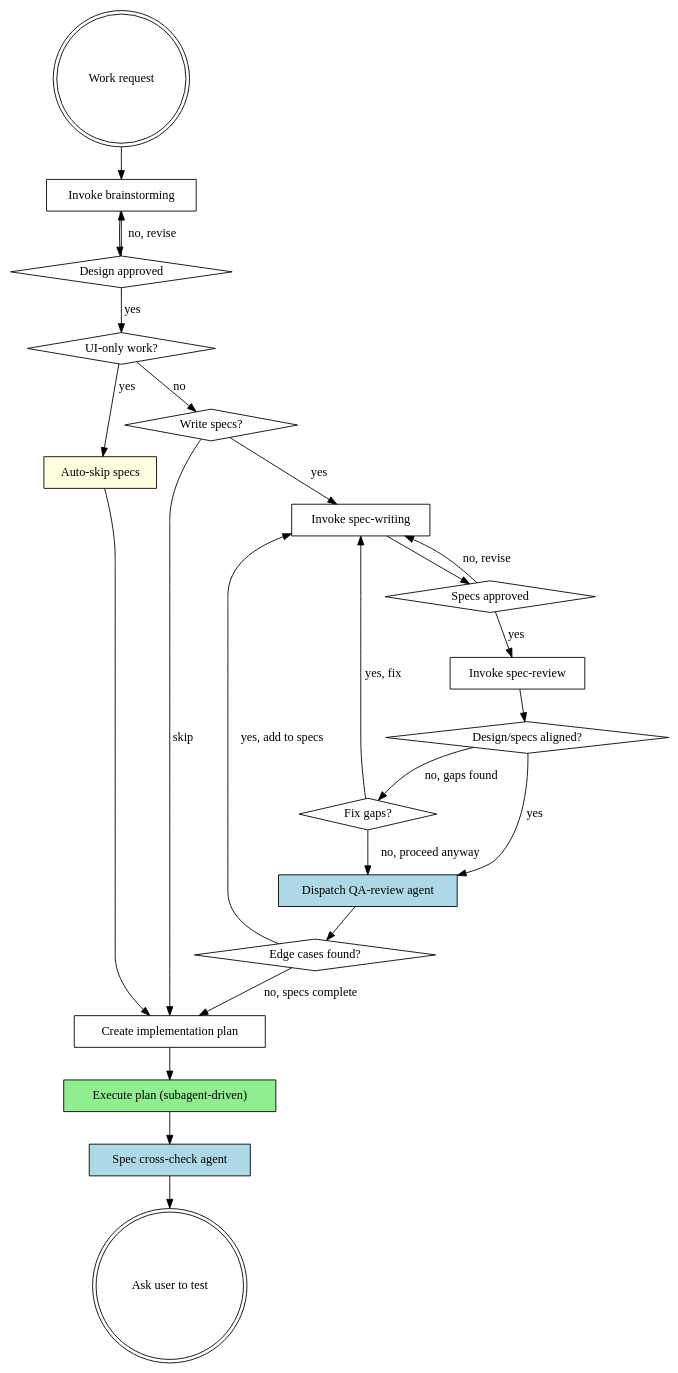
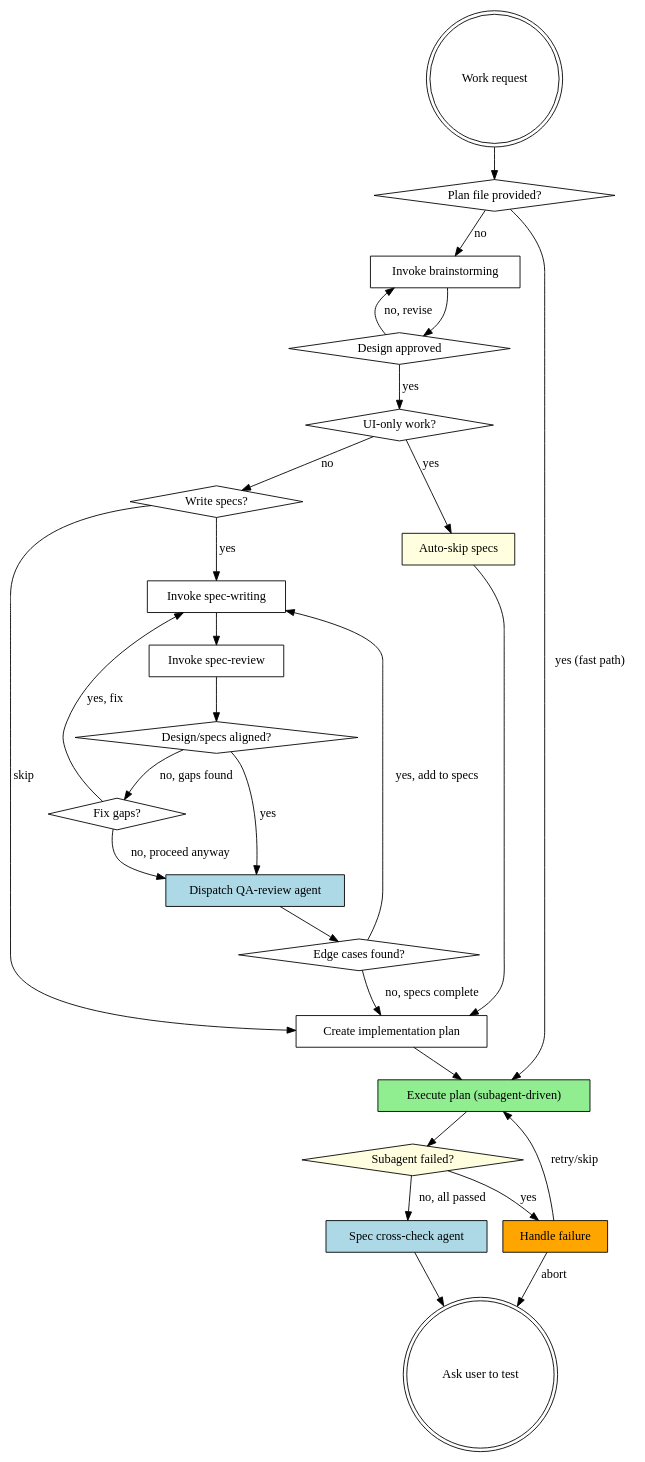
One commit to pandaworks-software-plt/pandahrms-skills changed the diagram in skills/pipeline/SKILL.md. Above: the diagram before and after it, drawn with Graphviz. The commit also changed other lines of this file and 1 other file, not shown here.

First line of the commit message:
feat(pipeline): add resume path, failure handling, and cleanup across 10 review items

````diff
--- a/skills/pipeline/SKILL.md
+++ b/skills/pipeline/SKILL.md
@@ -34,45 +48,51 @@
 ```dot
 digraph pipeline {
     "Work request" [shape=doublecircle];
+    "Plan file provided?" [shape=diamond];
     "Invoke brainstorming" [shape=box];
     "Design approved" [shape=diamond];
     "UI-only work?" [shape=diamond];
     "Auto-skip specs" [shape=box, style=filled, fillcolor=lightyellow];
     "Write specs?" [shape=diamond];
     "Invoke spec-writing" [shape=box];
-    "Specs approved" [shape=diamond];
     "Invoke spec-review" [shape=box];
     "Design/specs aligned?" [shape=diamond];
     "Dispatch QA-review agent" [shape=box, style=filled, fillcolor=lightblue];
     "Edge cases found?" [shape=diamond];
     "Create implementation plan" [shape=box];
     "Execute plan (subagent-driven)" [shape=box, style=filled, fillcolor=lightgreen];
+    "Subagent failed?" [shape=diamond, style=filled, fillcolor=lightyellow];
+    "Handle failure" [shape=box, style=filled, fillcolor=orange];
     "Spec cross-check agent" [shape=box, style=filled, fillcolor=lightblue];
     "Ask user to test" [shape=doublecircle];
 
-    "Work request" -> "Invoke brainstorming";
+    "Work request" -> "Plan file provided?";
+    "Plan file provided?" -> "Execute plan (subagent-driven)" [label="yes (fast path)"];
+    "Plan file provided?" -> "Invoke brainstorming" [label="no"];
     "Invoke brainstorming" -> "Design approved";
     "Design approved" -> "Invoke brainstorming" [label="no, revise"];
     "Design approved" -> "UI-only work?" [label="yes"];
     "UI-only work?" -> "Auto-skip specs" [label="yes"];
     "Auto-skip specs" -> "Create implementation plan";
     "UI-only work?" -> "Write specs?" [label="no"];
     "Write specs?" -> "Invoke spec-writing" [label="yes"];
     "Write specs?" -> "Create implementation plan" [label="skip"];
-    "Invoke spec-writing" -> "Specs approved";
-    "Specs approved" -> "Invoke spec-writing" [label="no, revise"];
-    "Specs approved" -> "Invoke spec-review" [label="yes"];
+    "Invoke spec-writing" -> "Invoke spec-review";
     "Invoke spec-review" -> "Design/specs aligned?";
     "Design/specs aligned?" -> "Fix gaps?" [label="no, gaps found"];
     "Fix gaps?" [shape=diamond];
     "Fix gaps?" -> "Invoke spec-writing" [label="yes, fix"];
     "Fix gaps?" -> "Dispatch QA-review agent" [label="no, proceed anyway"];
     "Design/specs aligned?" -> "Dispatch QA-review agent" [label="yes"];
     "Dispatch QA-review agent" -> "Edge cases found?";
     "Edge cases found?" -> "Invoke spec-writing" [label="yes, add to specs"];
     "Edge cases found?" -> "Create implementation plan" [label="no, specs complete"];
     "Create implementation plan" -> "Execute plan (subagent-driven)";
-    "Execute plan (subagent-driven)" -> "Spec cross-check agent";
+    "Execute plan (subagent-driven)" -> "Subagent failed?";
+    "Subagent failed?" -> "Handle failure" [label="yes"];
+    "Handle failure" -> "Execute plan (subagent-driven)" [label="retry/skip"];
+    "Handle failure" -> "Ask user to test" [label="abort"];
+    "Subagent failed?" -> "Spec cross-check agent" [label="no, all passed"];
     "Spec cross-check agent" -> "Ask user to test";
 }
 ```
````
